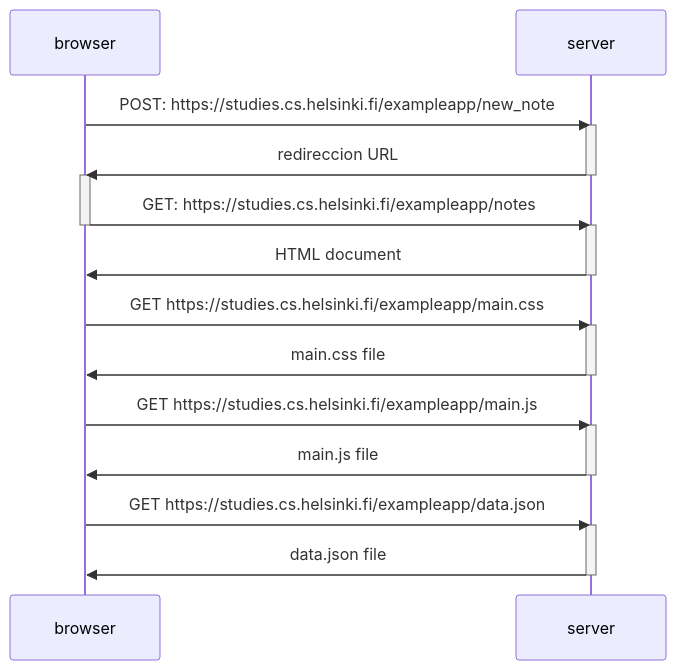
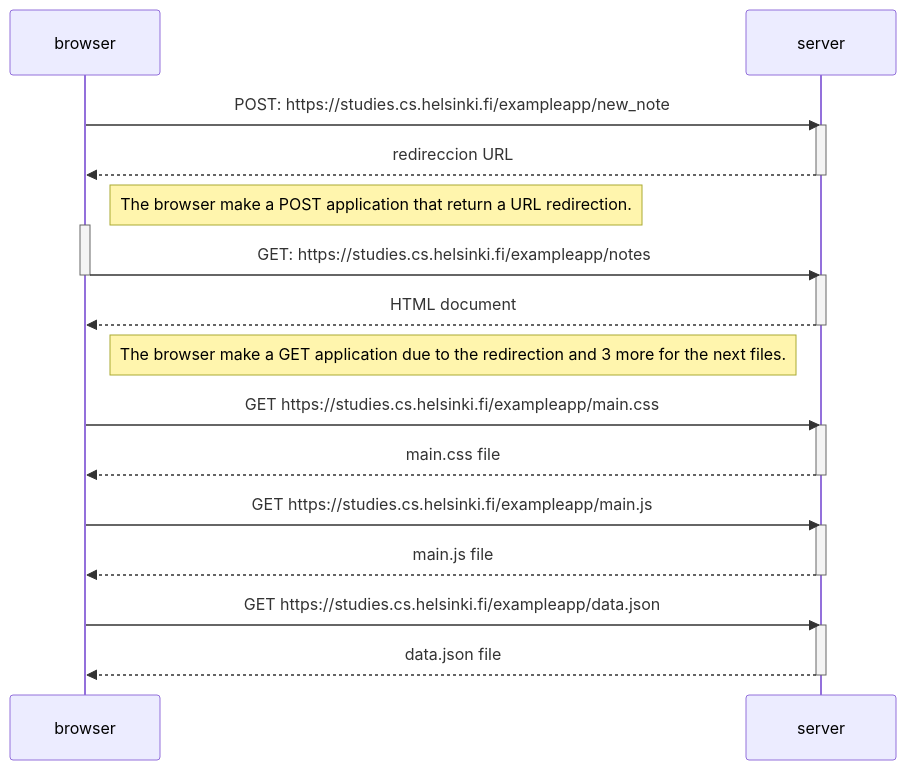
One commit to elgarcia/FullStackOpen changed the diagram in Part0/DiagramaNota.md. Above: the diagram before and after it, drawn with Mermaid. The commit also changed 2 other files, not shown here.

````diff
--- a/Part0/DiagramaNota.md
+++ b/Part0/DiagramaNota.md
@@ -1,32 +1,36 @@
 ```mermaid
 sequenceDiagram
     participant browser
     participant server
 
     browser->>server: POST: https://studies.cs.helsinki.fi/exampleapp/new_note
     activate server
-    server->>browser: redireccion URL
+    server-->>browser: redireccion URL
     deactivate server
+
+    Note right of browser: The browser make a POST application that return a URL redirection.
 
     activate browser
     browser->>server: GET: https://studies.cs.helsinki.fi/exampleapp/notes
     deactivate browser
     activate server
-    server->>browser: HTML document
+    server-->>browser: HTML document
     deactivate server
+
+    Note right of browser: The browser make a GET application due to the redirection and 3 more for the next files.
 
     browser->>server: GET https://studies.cs.helsinki.fi/exampleapp/main.css
     activate server
-    server->>browser: main.css file
+    server-->>browser: main.css file
     deactivate server
 
     browser->>server: GET https://studies.cs.helsinki.fi/exampleapp/main.js
     activate server
-    server->>browser: main.js file
+    server-->>browser: main.js file
     deactivate server
 
     browser->>server: GET https://studies.cs.helsinki.fi/exampleapp/data.json
     activate server
-    server->>browser: data.json file
+    server-->>browser: data.json file
     deactivate server
 ```
````
